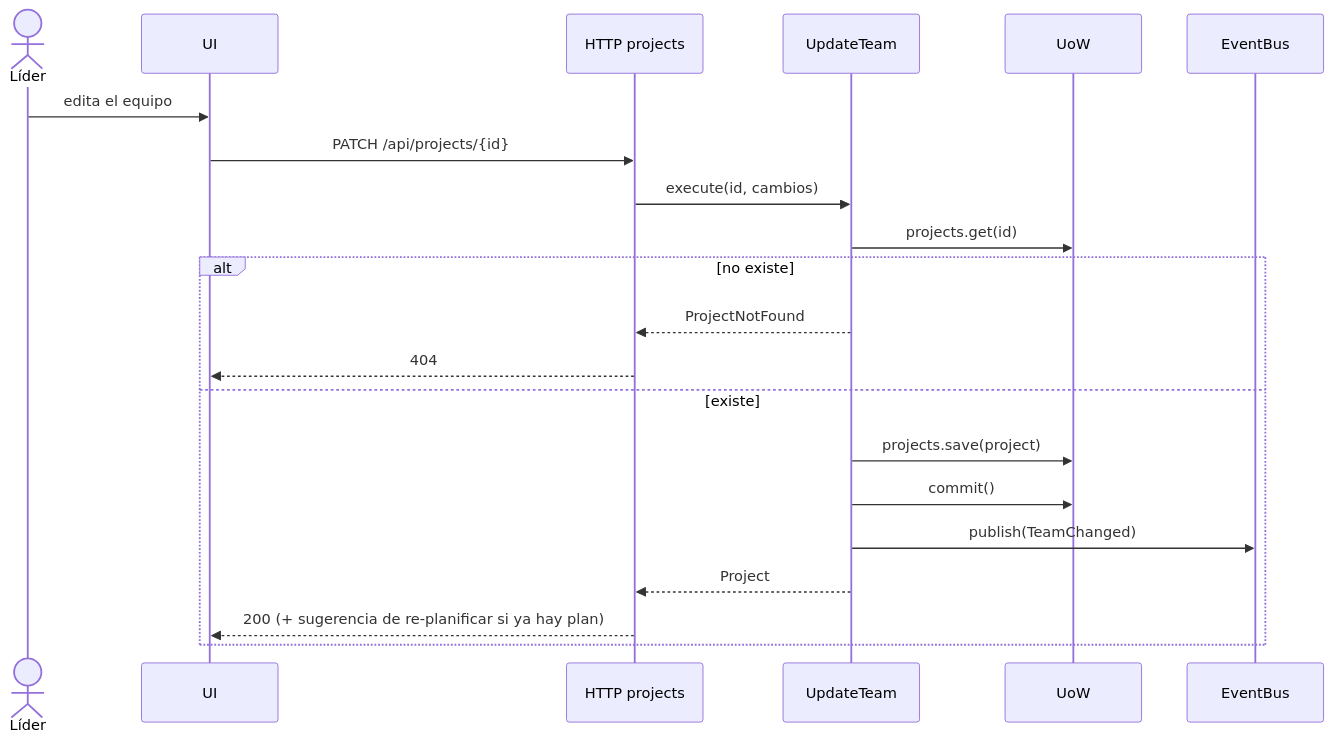
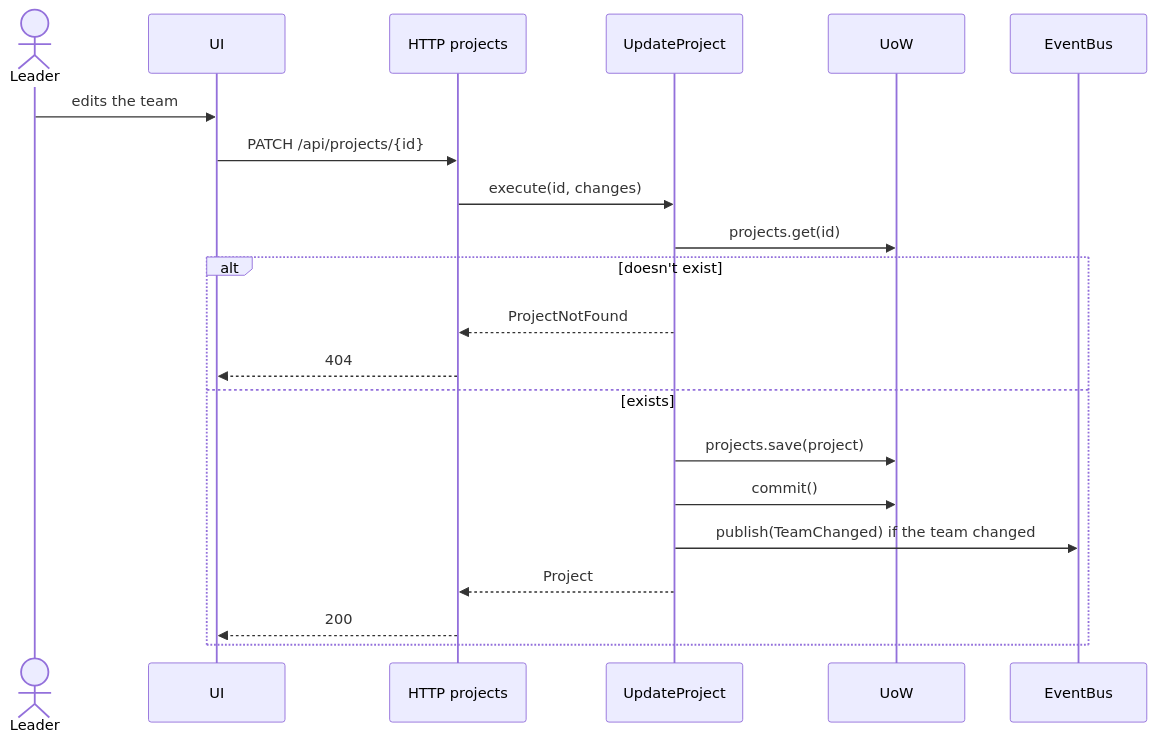
One commit to Mitchz01/TransparencIA changed the sixth of 18 diagrams in plan/use-cases.md. Above: the diagram before and after it, drawn with Mermaid. The commit also changed other lines of this file and 68 other files, not shown here.

````diff
--- a/plan/use-cases.md
+++ b/plan/use-cases.md
@@ -193,24 +196,24 @@
 ```mermaid
 sequenceDiagram
-    actor L as Líder
+    actor L as Leader
     participant UI
     participant HTTP as HTTP projects
-    participant UC as UpdateTeam
+    participant UC as UpdateProject
     participant UoW
     participant Bus as EventBus
 
-    L->>UI: edita el equipo
+    L->>UI: edits the team
     UI->>HTTP: PATCH /api/projects/{id}
-    HTTP->>UC: execute(id, cambios)
+    HTTP->>UC: execute(id, changes)
     UC->>UoW: projects.get(id)
-    alt no existe
+    alt doesn't exist
         UC-->>HTTP: ProjectNotFound
         HTTP-->>UI: 404
-    else existe
+    else exists
         UC->>UoW: projects.save(project)
         UC->>UoW: commit()
-        UC->>Bus: publish(TeamChanged)
+        UC->>Bus: publish(TeamChanged) if the team changed
         UC-->>HTTP: Project
-        HTTP-->>UI: 200 (+ sugerencia de re-planificar si ya hay plan)
+        HTTP-->>UI: 200
     end
 ```
````
